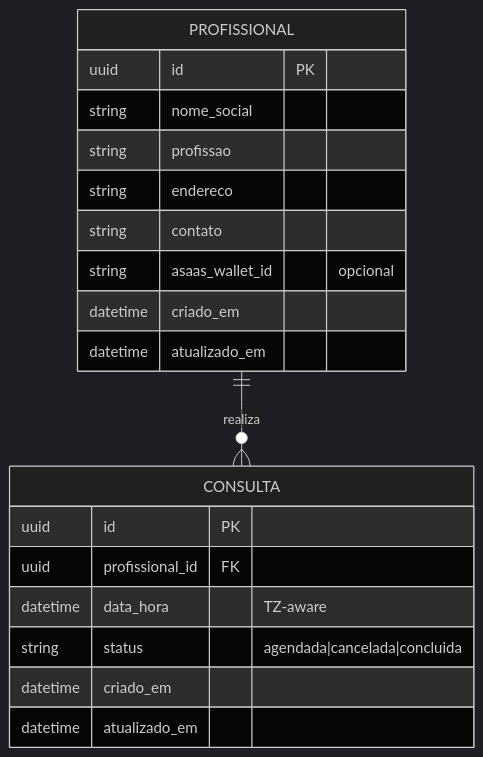
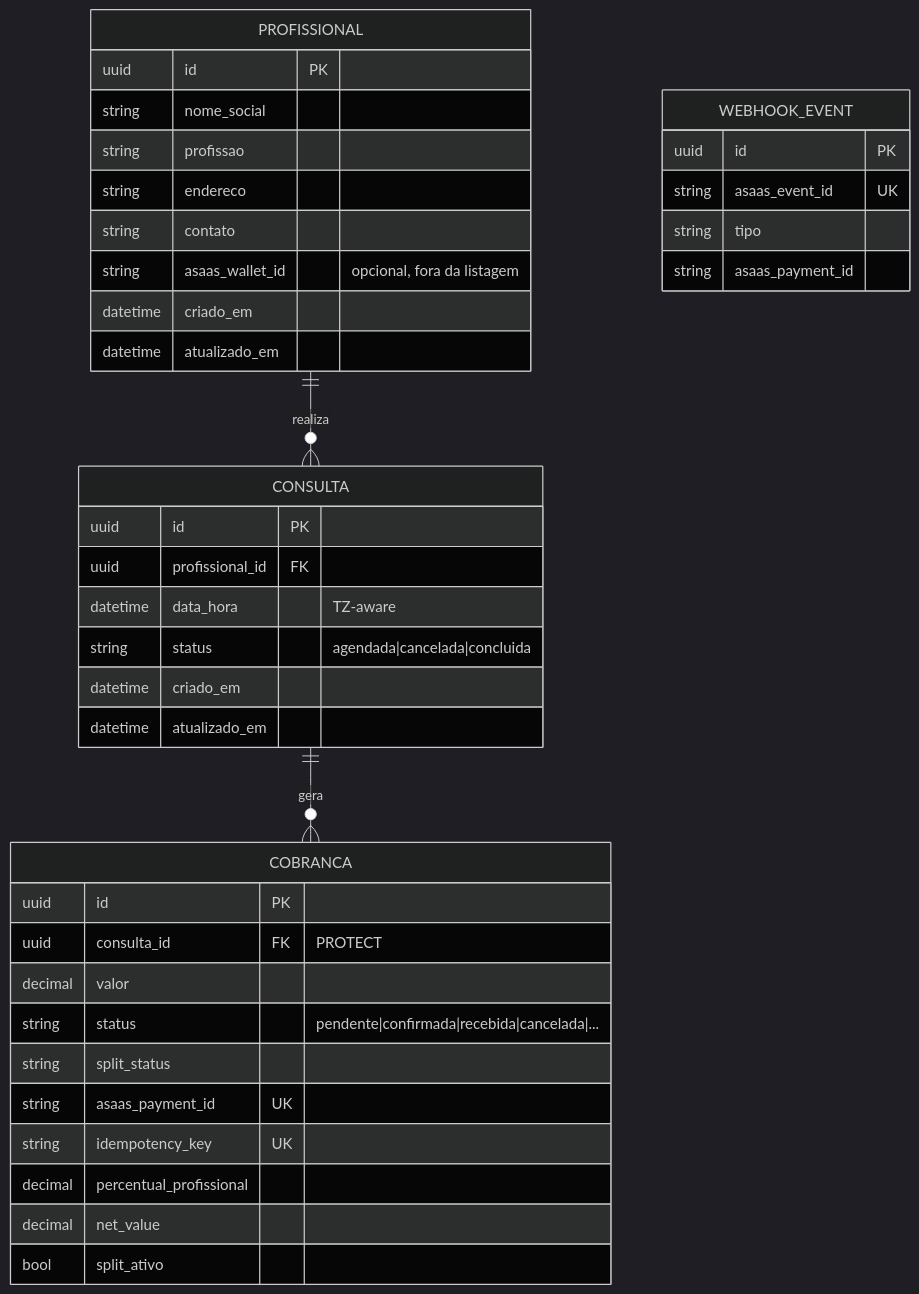
One commit to GiovaniBR1/lacrei-consultas-api changed the diagram in docs/dominio.md. Above: the diagram before and after it, drawn with Mermaid (dark theme). The commit also changed other lines of this file and 6 other files, not shown here.

Commit message:
docs(payments): document asaas mock and seed cobranca

````diff
--- a/docs/dominio.md
+++ b/docs/dominio.md
@@ -7,24 +7,45 @@
 ```mermaid
 erDiagram
   PROFISSIONAL ||--o{ CONSULTA : realiza
+  CONSULTA ||--o{ COBRANCA : gera
 
   PROFISSIONAL {
     uuid id PK
     string nome_social
     string profissao
     string endereco
     string contato
-    string asaas_wallet_id "opcional"
+    string asaas_wallet_id "opcional, fora da listagem"
     datetime criado_em
     datetime atualizado_em
   }
 
   CONSULTA {
     uuid id PK
     uuid profissional_id FK
     datetime data_hora "TZ-aware"
     string status "agendada|cancelada|concluida"
     datetime criado_em
     datetime atualizado_em
   }
+
+  COBRANCA {
+    uuid id PK
+    uuid consulta_id FK "PROTECT"
+    decimal valor
+    string status "pendente|confirmada|recebida|cancelada|..."
+    string split_status
+    string asaas_payment_id UK
+    string idempotency_key UK
+    decimal percentual_profissional
+    decimal net_value
+    bool split_ativo
+  }
+
+  WEBHOOK_EVENT {
+    uuid id PK
+    string asaas_event_id UK
+    string tipo
+    string asaas_payment_id
+  }
 ```
````
